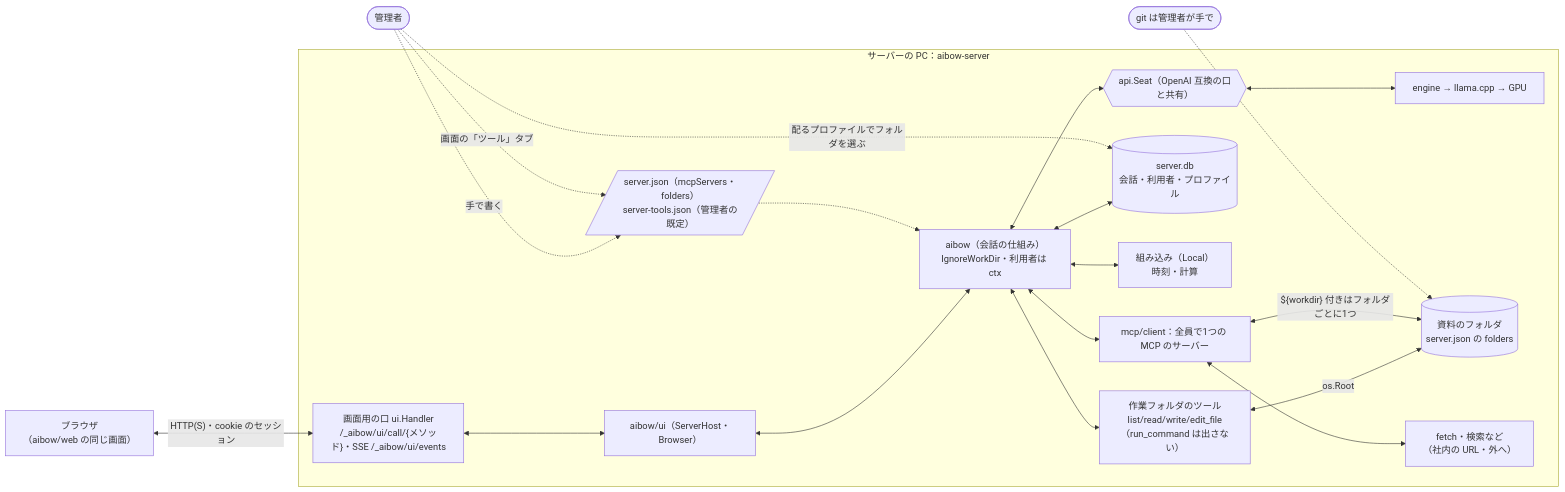
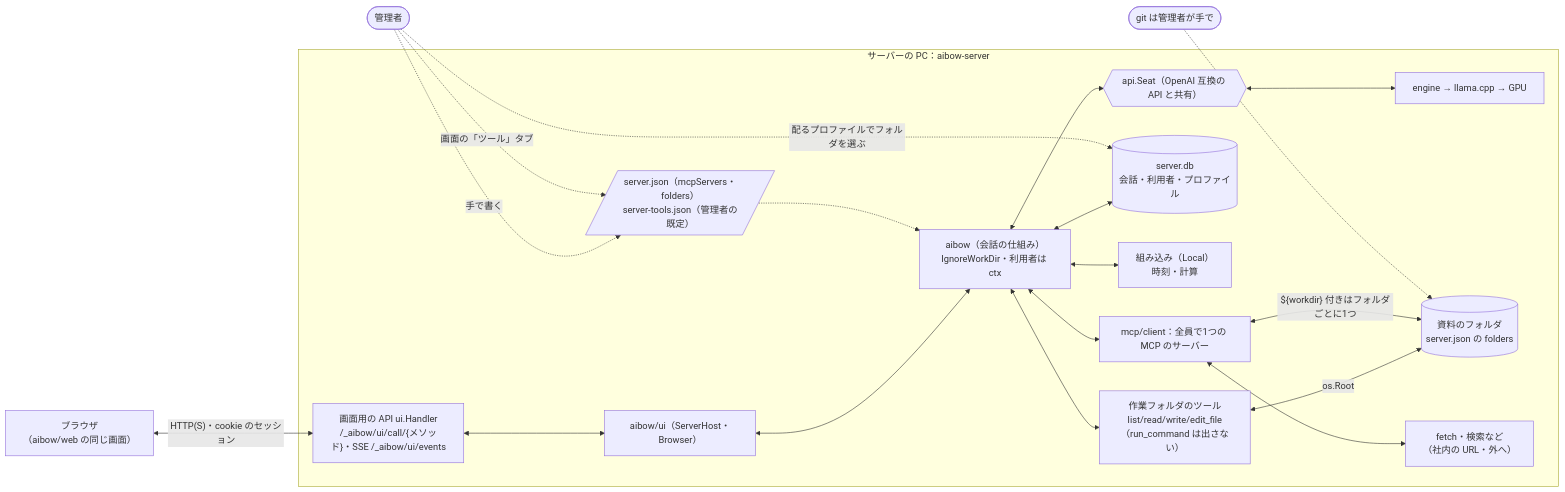
One commit to secondarykey/aibow changed the third of 7 diagrams in _docs/diagrams.md. Above: the diagram before and after it, drawn with Mermaid. The commit also changed other lines of this file and 17 other files, not shown here.

````diff
--- a/_docs/diagrams.md
+++ b/_docs/diagrams.md
@@ -94,25 +94,25 @@
 ```mermaid
 flowchart LR
   BR["ブラウザ<br/>（aibow/web の同じ画面）"]
 
   subgraph SRV["サーバーの PC：aibow-server"]
-    H["画面用の口 ui.Handler<br/>/_aibow/ui/call/{メソッド}・SSE /_aibow/ui/events"]
+    H["画面用の API ui.Handler<br/>/_aibow/ui/call/{メソッド}・SSE /_aibow/ui/events"]
     H <--> SVC["aibow/ui（ServerHost・Browser）"]
     SVC <--> CONV["aibow（会話の仕組み）<br/>IgnoreWorkDir・利用者は ctx"]
-    CONV <--> SEAT{{"api.Seat（OpenAI 互換の口と共有）"}} <--> ENG["engine → llama.cpp → GPU"]
+    CONV <--> SEAT{{"api.Seat（OpenAI 互換の API と共有）"}} <--> ENG["engine → llama.cpp → GPU"]
     CONV <--> SDB[("server.db<br/>会話・利用者・プロファイル")]
     CONV <--> LOC["組み込み（Local）<br/>時刻・計算"]
     CONV <--> FT["作業フォルダのツール<br/>list/read/write/edit_file<br/>（run_command は出さない）"]
     CONV <--> MCPC["mcp/client：全員で1つの MCP のサーバー"]
     FT <-->|"os.Root"| FOL[("資料のフォルダ<br/>server.json の folders")]
     MCPC <-->|"${workdir} 付きはフォルダごとに1つ"| FOL
     MCPC <--> NET["fetch・検索など<br/>（社内の URL・外へ）"]
     CFG[/"server.json（mcpServers・folders）<br/>server-tools.json（管理者の既定）"/] -.-> CONV
   end
 
   BR <-->|"HTTP(S)・cookie のセッション"| H
   ADMIN(["管理者"]) -. 手で書く .-> CFG
   ADMIN -. 画面の「ツール」タブ .-> CFG
   ADMIN -. 配るプロファイルでフォルダを選ぶ .-> SDB
   GIT(["git は管理者が手で"]) -.-> FOL
 ```
````
